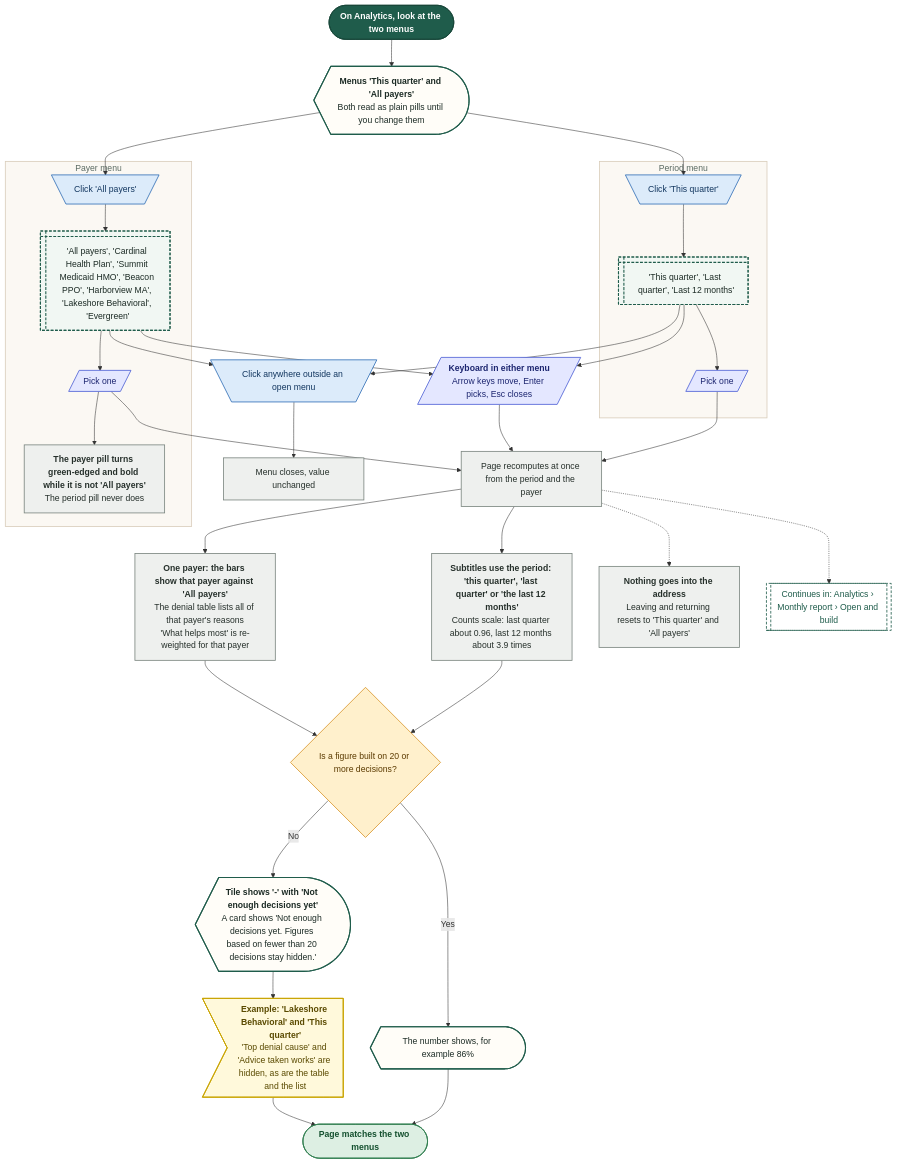
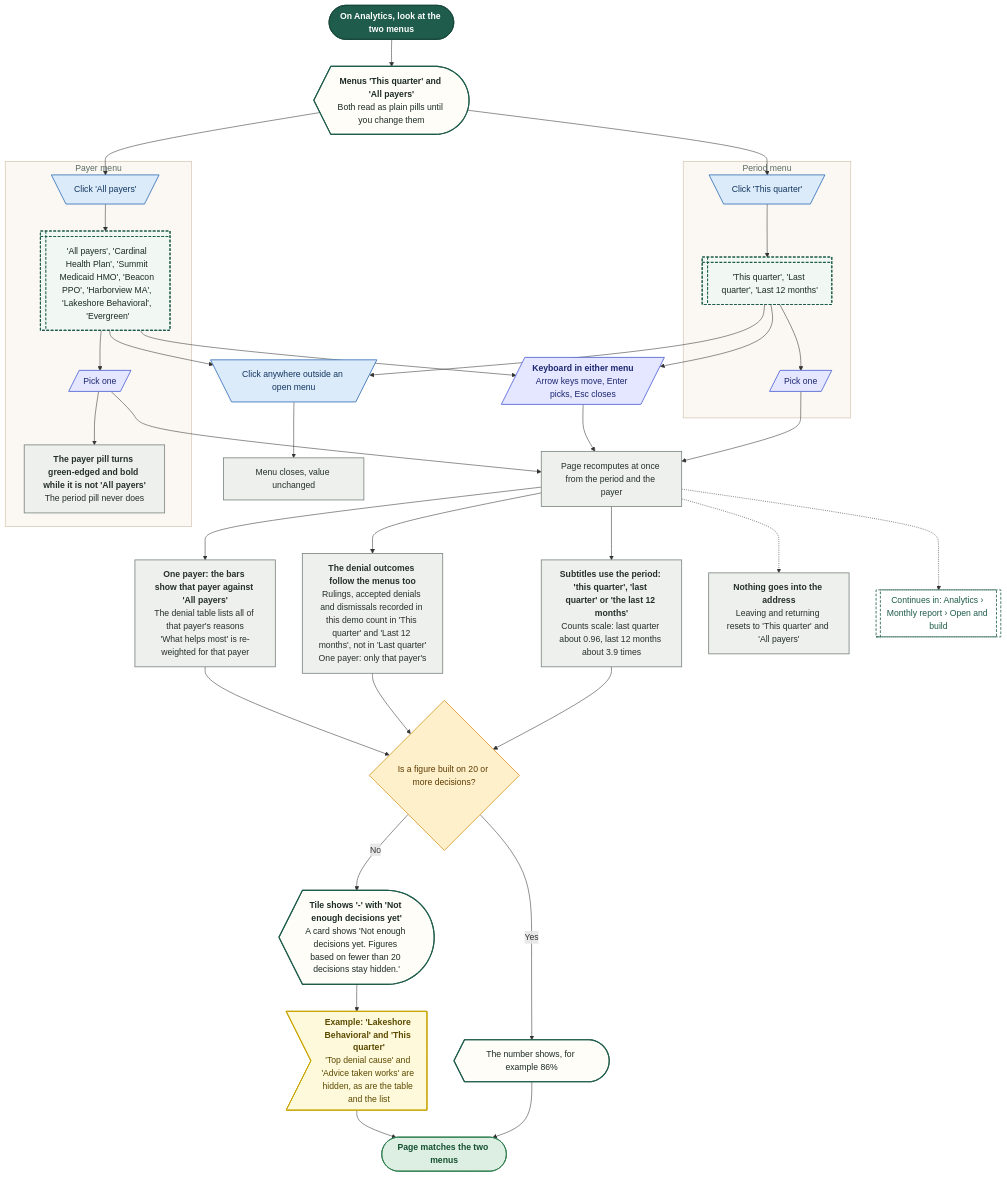
The second of 9 diagrams in demos/prior-auth-demo/workflows/out/md/08-analytics.md (Shrav143/psyfloapp), drawn with Mermaid before and after one commit. The commit also changed other lines of this file and 195 other files, not shown here.

First line of the commit message:
docs: Rebuild workflow diagrams after the demo fixes (220 diagrams)

````diff
--- a/demos/prior-auth-demo/workflows/out/md/08-analytics.md
+++ b/demos/prior-auth-demo/workflows/out/md/08-analytics.md
@@ -92,72 +97,74 @@
 ```mermaid
 %%{init: {"theme":"base","themeVariables":{"fontFamily":"'DM Sans', 'Segoe UI', system-ui, sans-serif","fontSize":"15px","lineColor":"#5B6B63","primaryTextColor":"#1C2B25","clusterBkg":"#FBF8F3","clusterBorder":"#D9CDBB","edgeLabelBackground":"#FFFFFF"},"flowchart":{"curve":"basis","nodeSpacing":36,"rankSpacing":48,"padding":12,"htmlLabels":true,"useMaxWidth":false,"wrappingWidth":230}} }%%
 flowchart TD
   classDef k_start fill:#1F5C4B,stroke:#174638,color:#FFFFFF,stroke-width:1.5px,font-weight:600
   classDef k_end fill:#DDEFE3,stroke:#2E7D4F,color:#14502F,stroke-width:1.5px,font-weight:600
   classDef k_endx fill:#FBE3E0,stroke:#C0392B,color:#7A1F16,stroke-width:1.5px,font-weight:600
   classDef k_screen fill:#FFFDF8,stroke:#1F5C4B,color:#1C2B25,stroke-width:2px
   classDef k_overlay fill:#F1F7F3,stroke:#1F5C4B,color:#1C2B25,stroke-width:2px,stroke-dasharray:5 3
   classDef k_click fill:#DCEBFA,stroke:#2F6DB5,color:#12365F,stroke-width:1.5px
   classDef k_input fill:#E4E7FF,stroke:#4C5FD5,color:#1D2670,stroke-width:1.5px
   classDef k_process fill:#EEF0EE,stroke:#7A857F,color:#26302B,stroke-width:1.5px
   classDef k_agent fill:#EEE5FA,stroke:#7A4FC2,color:#341A63,stroke-width:1.5px
   classDef k_decision fill:#FFF0CC,stroke:#D9962B,color:#5C3B00,stroke-width:1.5px
   classDef k_store fill:#D5F0EA,stroke:#1C8E7B,color:#0B4A3F,stroke-width:1.5px
   classDef k_doc fill:#F6E9DC,stroke:#B07A4C,color:#4A2E14,stroke-width:1.5px
   classDef k_ext fill:#FFE6D2,stroke:#E07B39,color:#6B2F06,stroke-width:1.5px
   classDef k_wait fill:#E4E8EE,stroke:#6B7C93,color:#26303D,stroke-width:1.5px
   classDef k_toast fill:#FFF9DB,stroke:#C9A400,color:#5A4A00,stroke-width:1.5px
   classDef k_goto fill:#FFFFFF,stroke:#1F5C4B,color:#1F5C4B,stroke-width:1.5px,stroke-dasharray:5 3
   s1@{ shape: stadium, label: "On Analytics, look at the two menus" }
   sc@{ shape: curv-trap, label: "<b>Menus 'This quarter' and 'All payers'</b><br/>Both read as plain pills until you change them" }
   subgraph gPeriod ["Period menu"]
   c1@{ shape: trap-t, label: "Click 'This quarter'" }
   o1@{ shape: win-pane, label: "'This quarter', 'Last quarter', 'Last 12 months'" }
   i1@{ shape: lean-r, label: "Pick one" }
   end
   subgraph gPayer ["Payer menu"]
   c2@{ shape: trap-t, label: "Click 'All payers'" }
   o2@{ shape: win-pane, label: "'All payers', 'Cardinal Health Plan', 'Summit Medicaid HMO', 'Beacon PPO', 'Harborview MA', 'Lakeshore Behavioral', 'Evergreen'" }
   i2@{ shape: lean-r, label: "Pick one" }
   p2@{ shape: rect, label: "<b>The payer pill turns green-edged and bold while it is not 'All payers'</b><br/>The period pill never does" }
   end
   k1@{ shape: lean-r, label: "<b>Keyboard in either menu</b><br/>Arrow keys move, Enter picks, Esc closes" }
   k2@{ shape: trap-t, label: "Click anywhere outside an open menu" }
   p1@{ shape: rect, label: "Menu closes, value unchanged" }
   r1@{ shape: rect, label: "Page recomputes at once from the period and the payer" }
   r2@{ shape: rect, label: "<b>Subtitles use the period: 'this quarter', 'last quarter' or 'the last 12 months'</b><br/>Counts scale: last quarter about 0.96, last 12 months about 3.9 times" }
+  r4@{ shape: rect, label: "<b>The denial outcomes follow the menus too</b><br/>Rulings, accepted denials and dismissals recorded in this demo count in 'This quarter' and 'Last 12 months', not in 'Last quarter'<br/>One payer: only that payer's" }
   r3@{ shape: rect, label: "<b>One payer: the bars show that payer against 'All payers'</b><br/>The denial table lists all of that payer's reasons<br/>'What helps most' is re-weighted for that payer" }
   q1@{ shape: diam, label: "Is a figure built on 20 or more decisions?" }
   ok@{ shape: curv-trap, label: "The number shows, for example 86%" }
   hid@{ shape: curv-trap, label: "<b>Tile shows '-' with 'Not enough decisions yet'</b><br/>A card shows 'Not enough decisions yet. Figures based on fewer than 20 decisions stay hidden.'" }
   ex@{ shape: odd, label: "<b>Example: 'Lakeshore Behavioral' and 'This quarter'</b><br/>'Top denial cause' and 'Advice taken works' are hidden, as are the table and the list" }
   p3@{ shape: rect, label: "<b>Nothing goes into the address</b><br/>Leaving and returning resets to 'This quarter' and 'All payers'" }
   g1@{ shape: subproc, label: "Continues in: Analytics › Monthly report › Open and build" }
   e1@{ shape: stadium, label: "Page matches the two menus" }
   s1 --> sc
   sc --> c1 --> o1 --> i1 --> r1
   sc --> c2 --> o2 --> i2 --> r1
   i2 --> p2
   o1 & o2 --> k1
   o1 & o2 --> k2 --> p1
   k1 --> r1
   r1 --> r2 --> q1
+  r1 --> r4 --> q1
   r1 --> r3
   r3 --> q1
   q1 -->|"Yes"| ok --> e1
   q1 -->|"No"| hid --> ex --> e1
   r1 -.-> p3
   r1 -.-> g1
   class s1 k_start
   class sc,ok,hid k_screen
   class c1,c2,k2 k_click
   class o1,o2 k_overlay
   class i1,i2,k1 k_input
-  class p2,p1,r1,r2,r3,p3 k_process
+  class p2,p1,r1,r2,r4,r3,p3 k_process
   class q1 k_decision
   class ex k_toast
   class g1 k_goto
   class e1 k_end
   style gPeriod fill:#FBF8F3,stroke:#D9CDBB,stroke-width:1.5px,color:#5B6B63
   style gPayer fill:#FBF8F3,stroke:#D9CDBB,stroke-width:1.5px,color:#5B6B63
 ```
````
